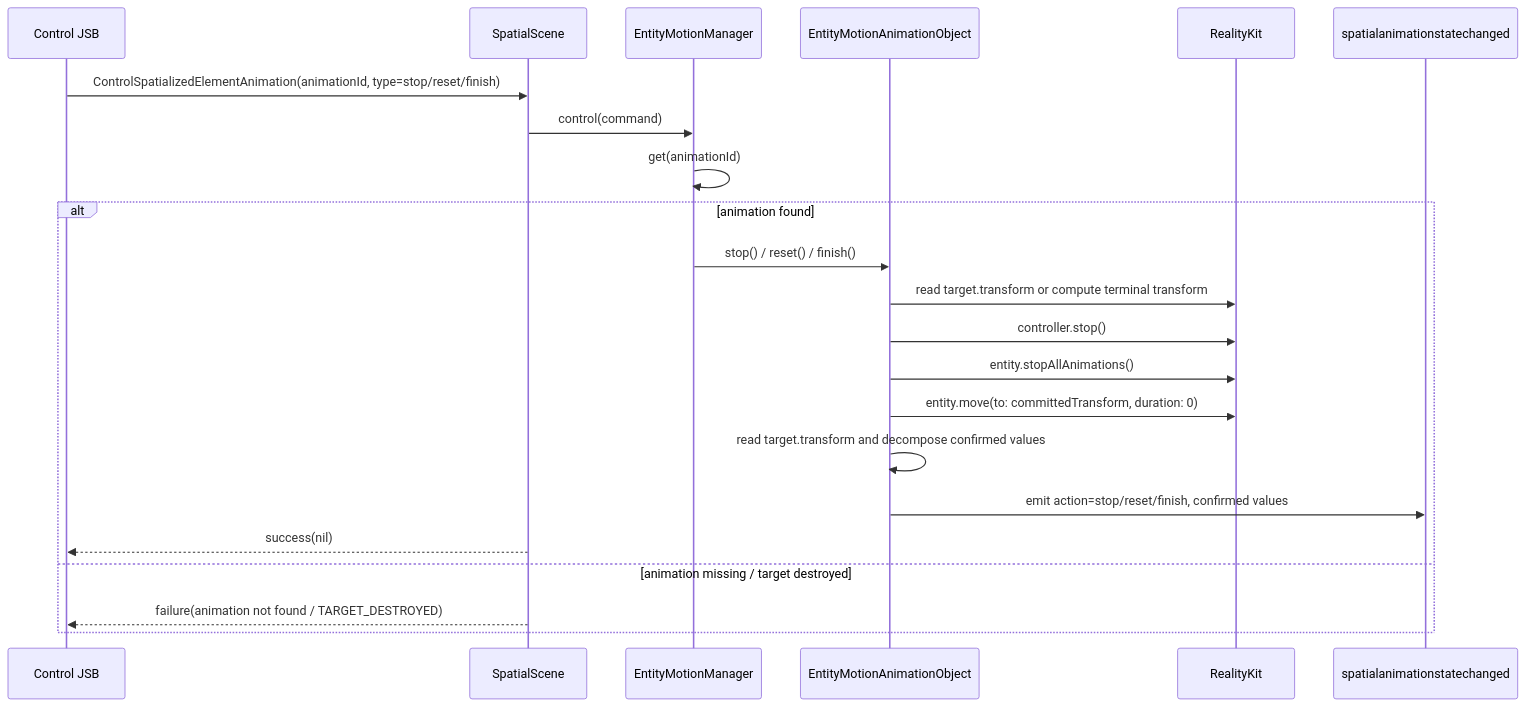
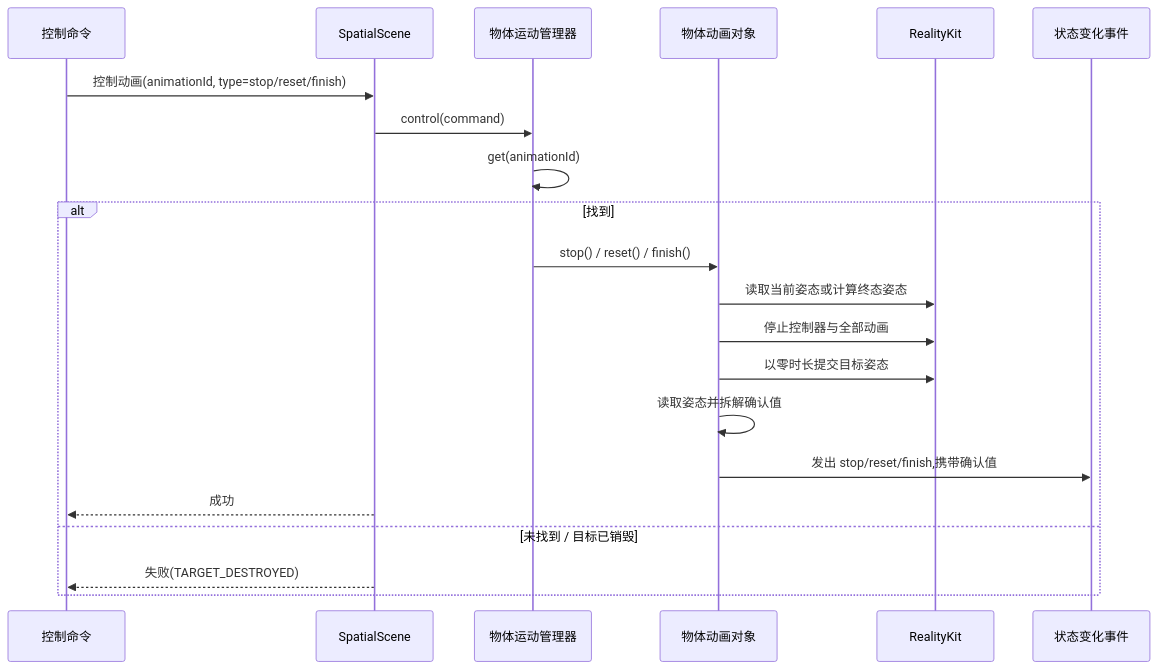
One commit to webspatial/webspatial-sdk changed the tenth of 11 diagrams in openspec/changes/redesign-entity-motion-api/design.zh.md. Above: the diagram before and after it, drawn with Mermaid. The commit also changed other lines of this file and 7 other files, not shown here.

````diff
--- a/openspec/changes/redesign-entity-motion-api/design.zh.md
+++ b/openspec/changes/redesign-entity-motion-api/design.zh.md
@@ -758,25 +928,24 @@
 ```mermaid
 sequenceDiagram
-    participant JSB as Control JSB
+    participant JSB as 控制命令
     participant Scene as SpatialScene
-    participant Manager as EntityMotionManager
-    participant Obj as EntityMotionAnimationObject
+    participant Manager as 物体运动管理器
+    participant Obj as 物体动画对象
     participant RK as RealityKit
-    participant Event as spatialanimationstatechanged
+    participant Event as 状态变化事件
 
-    JSB->>Scene: ControlSpatializedElementAnimation(animationId, type=stop/reset/finish)
+    JSB->>Scene: 控制动画(animationId, type=stop/reset/finish)
     Scene->>Manager: control(command)
     Manager->>Manager: get(animationId)
-    alt animation found
+    alt 找到
         Manager->>Obj: stop() / reset() / finish()
-        Obj->>RK: read target.transform or compute terminal transform
-        Obj->>RK: controller.stop()
-        Obj->>RK: entity.stopAllAnimations()
-        Obj->>RK: entity.move(to: committedTransform, duration: 0)
-        Obj->>Obj: read target.transform and decompose confirmed values
-        Obj->>Event: emit action=stop/reset/finish, confirmed values
-        Scene-->>JSB: success(nil)
-    else animation missing / target destroyed
-        Scene-->>JSB: failure(animation not found / TARGET_DESTROYED)
+        Obj->>RK: 读取当前姿态或计算终态姿态
+        Obj->>RK: 停止控制器与全部动画
+        Obj->>RK: 以零时长提交目标姿态
+        Obj->>Obj: 读取姿态并拆解确认值
+        Obj->>Event: 发出 stop/reset/finish,携带确认值
+        Scene-->>JSB: 成功
+    else 未找到 / 目标已销毁
+        Scene-->>JSB: 失败(TARGET_DESTROYED)
     end
 ```
````
